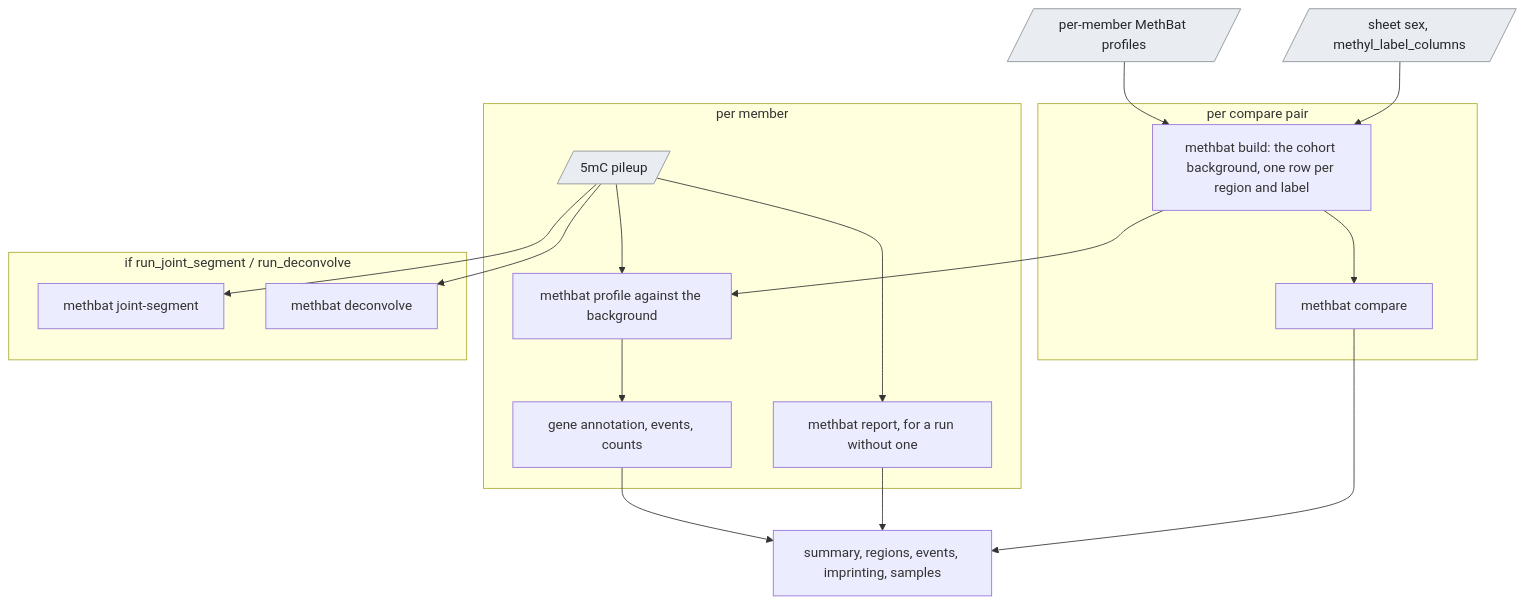
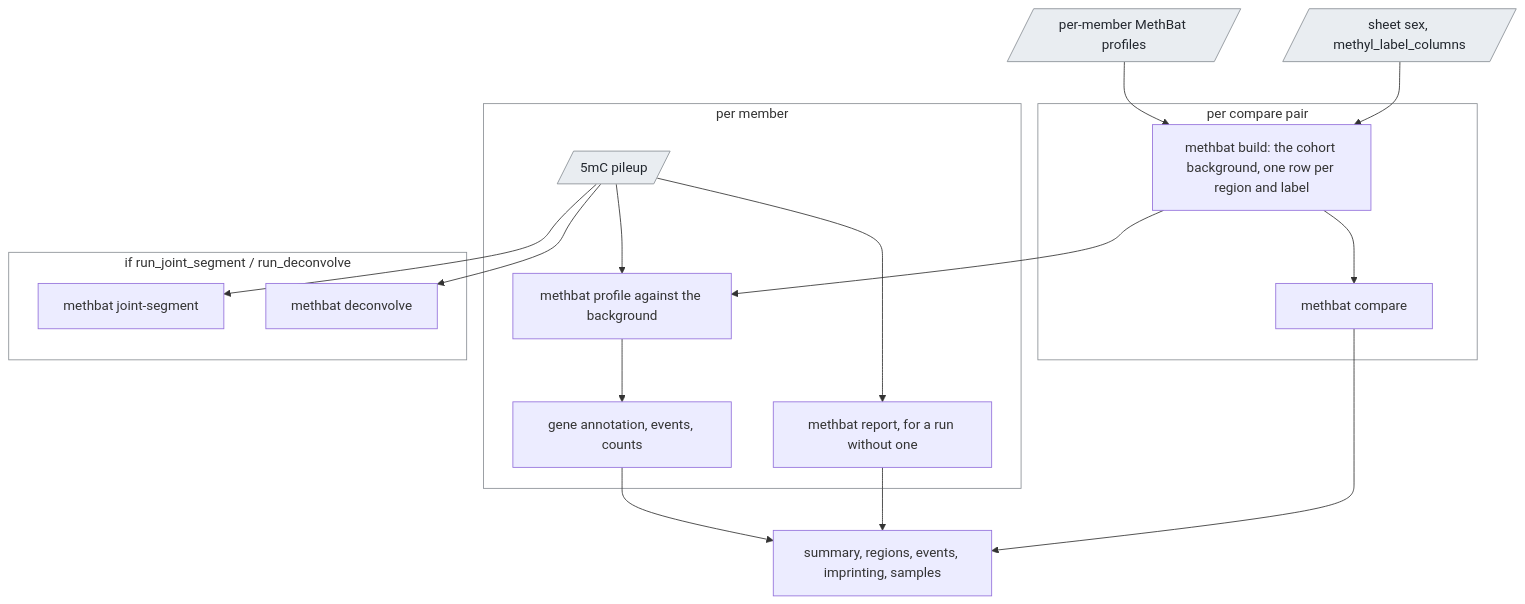
The diagram in docs/guide/stages/cohort_methyl.md (UppsalaGenomeCenter/ugc-wgw), drawn with Mermaid before and after one commit. The commit also changed 19 other files, not shown here.

````diff
--- a/docs/guide/stages/cohort_methyl.md
+++ b/docs/guide/stages/cohort_methyl.md
@@ -20,21 +20,23 @@
 ```mermaid
 flowchart TD
   pf[/"per-member MethBat profiles"/]:::data --> build["methbat build: the cohort background, one row per region and label"]
   sheet[/"sheet sex, methyl_label_columns"/]:::data --> build
   subgraph m["per member"]
     pp[/"5mC pileup"/]:::data --> prof["methbat profile against the background"] --> ann["gene annotation, events, counts"]
     pp --> rep["methbat report, for a run without one"]
   end
   build --> prof
   subgraph c["per compare pair"]
     build --> comp["methbat compare"]
   end
   subgraph j["if run_joint_segment / run_deconvolve"]
     pp --> jseg["methbat joint-segment"]
     pp --> dec["methbat deconvolve"]
   end
   ann --> sum["summary, regions, events, imprinting, samples"]
   rep --> sum
   comp --> sum
   classDef data fill:#e9edf1,stroke:#8a8f95,color:#22272e
+  classDef box fill:none,stroke:#8a8f95
+  class m,c,j box
 ```
````
